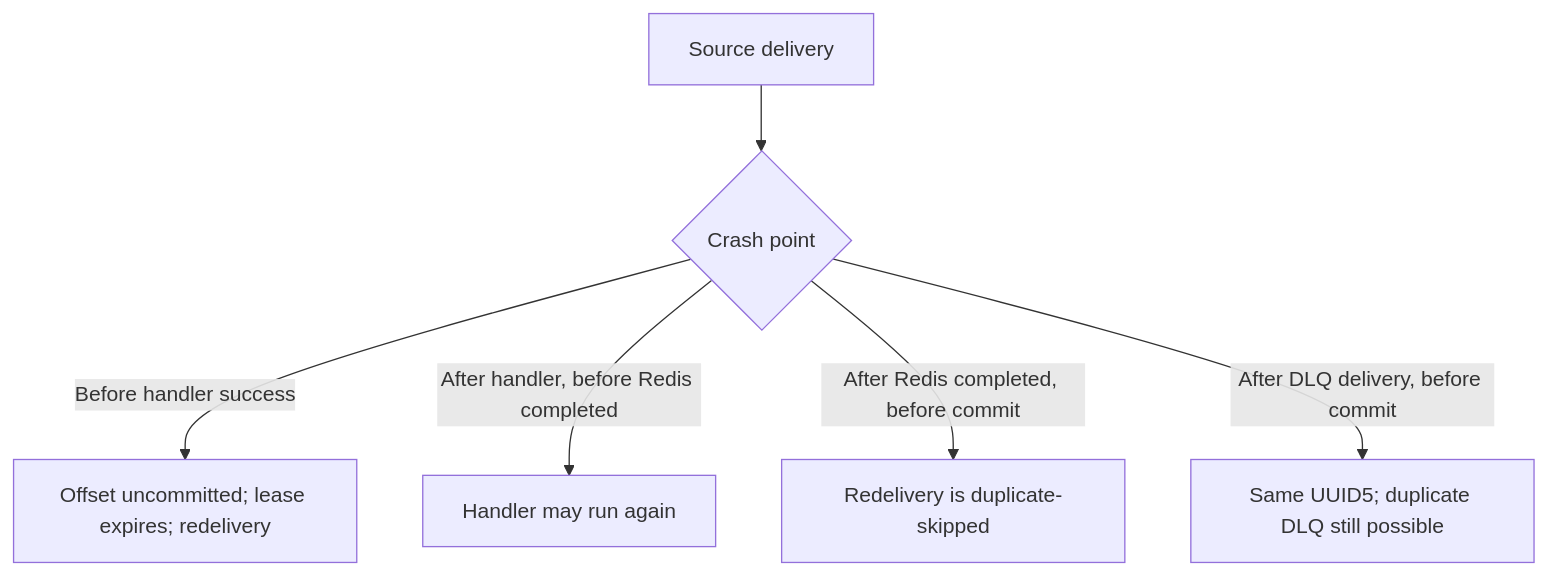
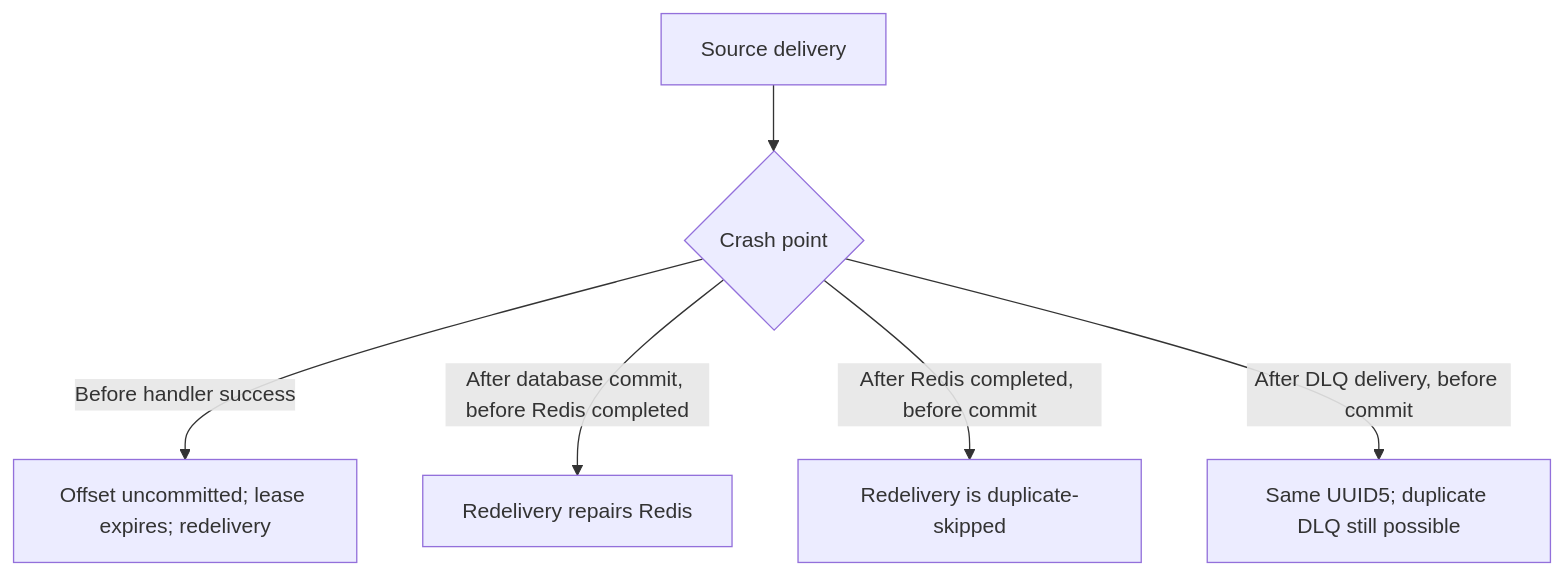
One commit to negativexq/real-time-commerce-platform changed the fourth of 4 diagrams in docs/event-processor.md. Above: the diagram before and after it, drawn with Mermaid. The commit also changed other lines of this file and 40 other files, not shown here.

````diff
--- a/docs/event-processor.md
+++ b/docs/event-processor.md
@@ -56,8 +54,8 @@
 ```mermaid
 flowchart TD
     A[Source delivery] --> B{Crash point}
     B -->|Before handler success| C[Offset uncommitted; lease expires; redelivery]
-    B -->|After handler, before Redis completed| D[Handler may run again]
+    B -->|After database commit, before Redis completed| D[Redelivery repairs Redis]
     B -->|After Redis completed, before commit| E[Redelivery is duplicate-skipped]
     B -->|After DLQ delivery, before commit| F[Same UUID5; duplicate DLQ still possible]
 ```
````
